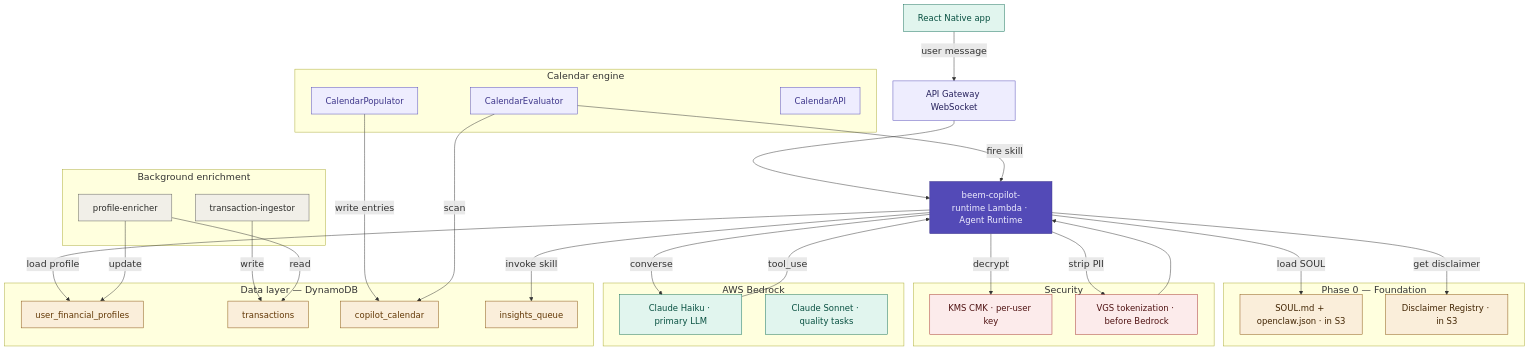
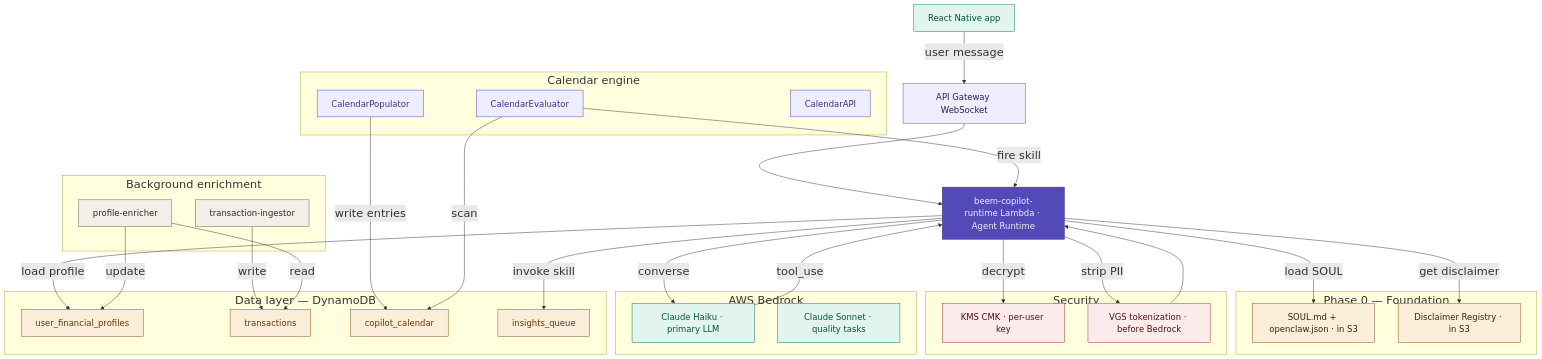
One commit to niteshkothari-beem/OpenClaw-System-Design-Diagrams changed the diagram in Full_architecture_overview.md. Above: the diagram before and after it, drawn with Mermaid.

````diff
--- a/Full_architecture_overview.md
+++ b/Full_architecture_overview.md
@@ -1,79 +1,79 @@
 ```mermaid
 %%{init: {'theme':'default', 'themeVariables': {
-    'fontSize': '20px',
+    'fontSize': '24px',
     'primaryTextColor': '#000',
     'lineColor': '#333'
 }}}%%
 flowchart TD
     RN["React Native app"]:::client
     WS["API Gateway WebSocket"]:::infra
     RUNTIME["beem-copilot-runtime Lambda · Agent Runtime"]:::core
 
     RN -->|"user message"| WS
     WS --> RUNTIME
 
     subgraph FOUNDATION["Phase 0 — Foundation"]
         SOUL["SOUL.md + openclaw.json · in S3"]:::store
         DISC["Disclaimer Registry · in S3"]:::store
     end
 
     RUNTIME -->|"load SOUL"| SOUL
     RUNTIME -->|"get disclaimer"| DISC
 
     subgraph SECURITY["Security"]
         KK["KMS CMK · per-user key"]:::sec
         VG["VGS tokenization · before Bedrock"]:::sec
     end
 
     RUNTIME -->|"decrypt"| KK
     RUNTIME -->|"strip PII"| VG
 
     subgraph BEDROCK["AWS Bedrock"]
         HAI["Claude Haiku · primary LLM"]:::llm
         SON["Claude Sonnet · quality tasks"]:::llm
     end
 
     VG --> RUNTIME
     RUNTIME -->|"converse"| HAI
     HAI -->|"tool_use"| RUNTIME
 
     subgraph DATASTORE["Data layer — DynamoDB"]
         UFP["user_financial_profiles"]:::db
         TXN["transactions"]:::db
         CAL["copilot_calendar"]:::db
         IQ["insights_queue"]:::db
     end
 
     RUNTIME -->|"load profile"| UFP
     RUNTIME -->|"invoke skill"| IQ
 
     subgraph CALENDAR["Calendar engine"]
         CP["CalendarPopulator"]:::sched
         CE["CalendarEvaluator"]:::sched
         CA["CalendarAPI"]:::sched
     end
 
     CE -->|"fire skill"| RUNTIME
     CP -->|"write entries"| CAL
     CE -->|"scan"| CAL
 
     subgraph ENRICHMENT["Background enrichment"]
         PE["profile-enricher"]:::bg
         TI["transaction-ingestor"]:::bg
     end
 
     PE -->|"update"| UFP
     TI -->|"write"| TXN
     PE -->|"read"| TXN
 
     classDef client fill:#E1F5EE,stroke:#0F6E56,color:#085041,font-size:18px
     classDef infra fill:#EEEDFE,stroke:#534AB7,color:#26215C,font-size:18px
     classDef core fill:#534AB7,stroke:#3C3489,color:#EEEDFE,font-size:18px
     classDef store fill:#FAEEDA,stroke:#854F0B,color:#412402,font-size:18px
     classDef db fill:#FAEEDA,stroke:#854F0B,color:#633806,font-size:18px
     classDef sched fill:#EEEDFE,stroke:#534AB7,color:#3C3489,font-size:18px
     classDef bg fill:#F1EFE8,stroke:#5F5E5A,color:#2C2C2A,font-size:18px
     classDef sec fill:#FCEBEB,stroke:#A32D2D,color:#501313,font-size:18px
     classDef llm fill:#E1F5EE,stroke:#0F6E56,color:#085041,font-size:18px
 
 ```
````
